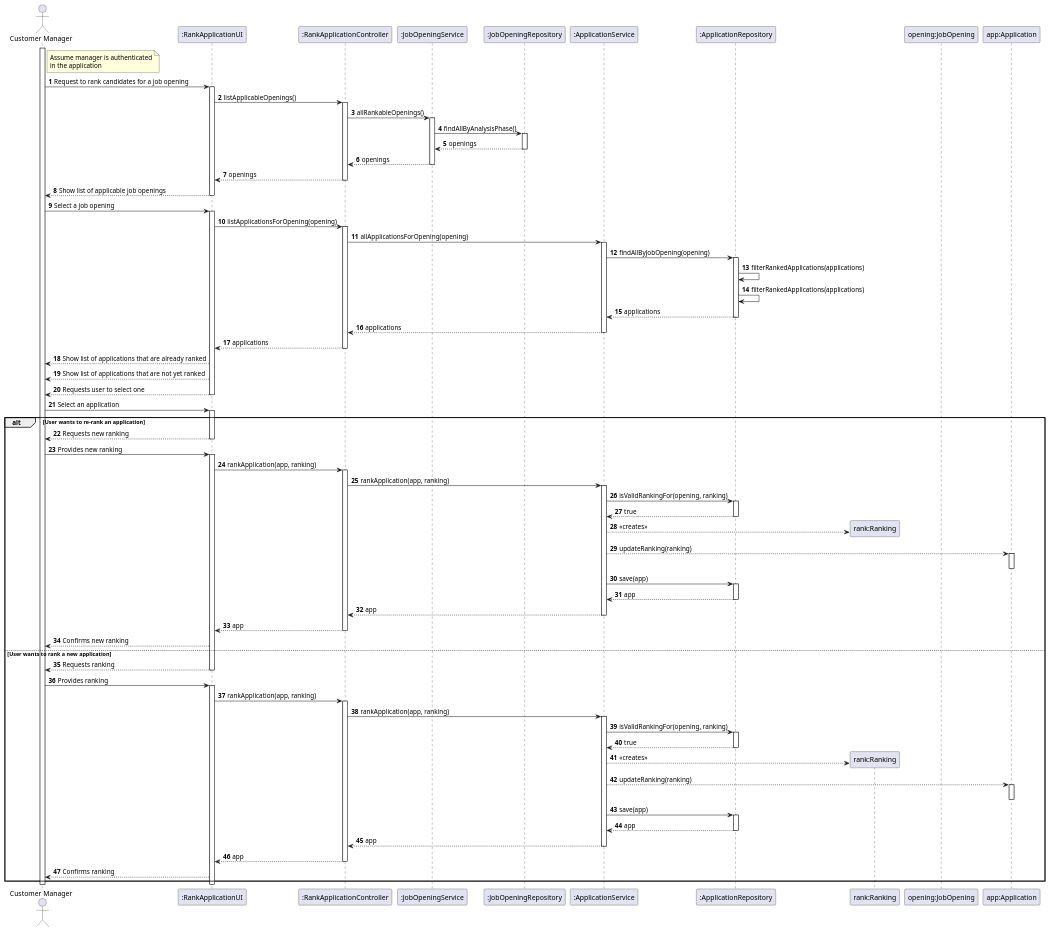
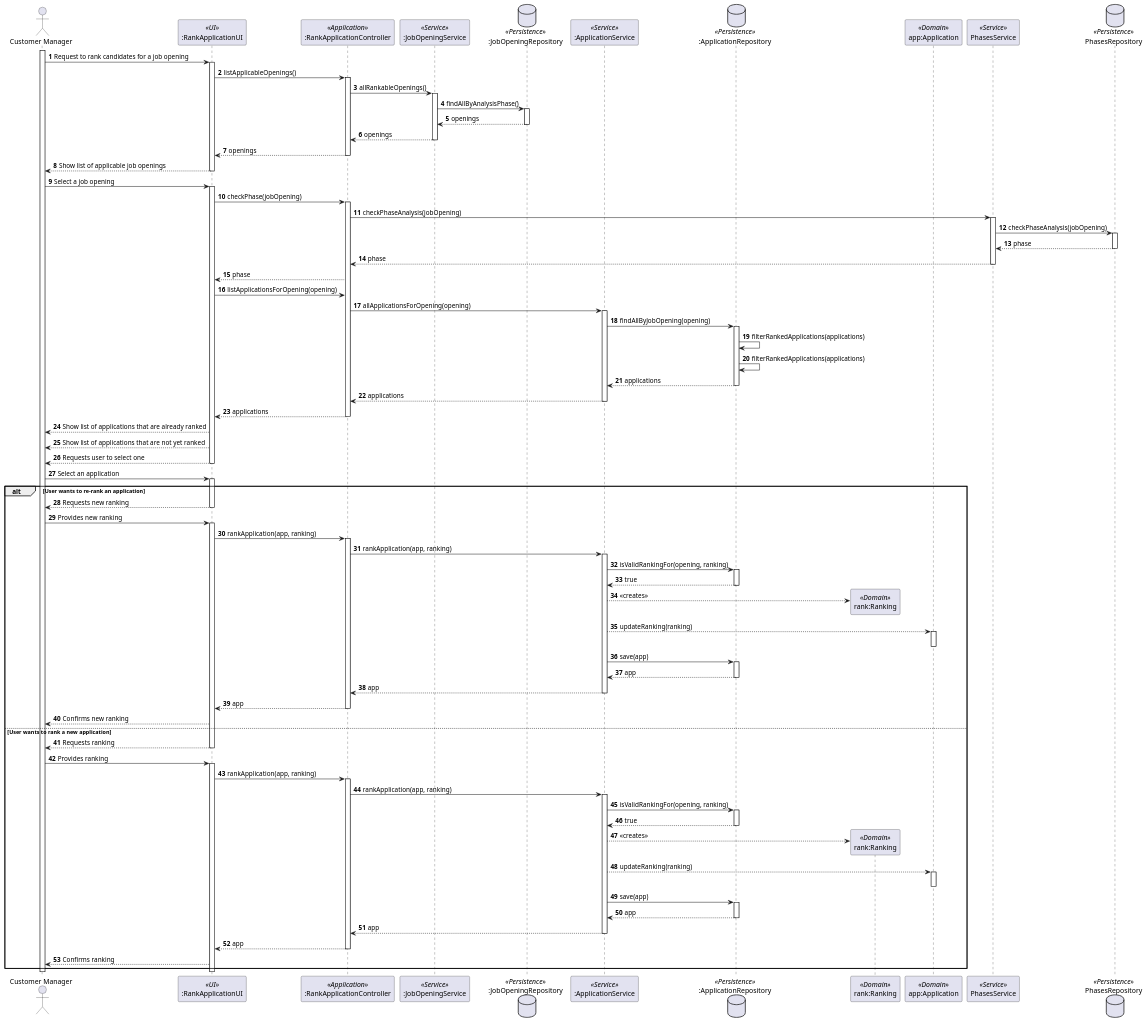
The diagram in docs/sprintC/1013/1013-sequence-diagram.puml (marcoferreira37/Lapr4), drawn with PlantUML before and after one commit. The commit also changed 3 other files, not shown here.

Commit message:
#44 Sequence-diagram, domain model and system-sequence-diagram updated #35 Domain model updated

```diff
--- a/docs/sprintC/1013/1013-sequence-diagram.puml
+++ b/docs/sprintC/1013/1013-sequence-diagram.puml
@@ -1,126 +1,148 @@
 @startuml
 
 actor "Customer Manager" as Agent
-participant ":RankApplicationUI" as ui
-participant ":RankApplicationController" as ctrl
-participant ":JobOpeningService" as jobServ
-participant ":JobOpeningRepository" as jobRepo
-participant ":ApplicationService" as appServ
-participant ":ApplicationRepository" as appRepo
-participant "rank:Ranking" as rank
-participant "opening:JobOpening" as op
-participant "app:Application" as app
-
-
+participant ":RankApplicationUI" as ui <<UI>>
+participant ":RankApplicationController" as ctrl <<Application>>
+participant ":JobOpeningService" as jobServ <<Service>>
+database ":JobOpeningRepository" as jobRepo <<Persistence>>
+participant ":ApplicationService" as appServ <<Service>>
+database ":ApplicationRepository" as appRepo <<Persistence>>
+participant "rank:Ranking" as rank <<Domain>>
+participant "app:Application" as app <<Domain>>
+participant "PhasesService" as PhasesService <<Service>>
+database  "PhasesRepository" as PhasesRepository <<Persistence>>
 
 autonumber
-
-note right of Agent
-  Assume manager is authenticated
-  in the application
-end note
 
 activate Agent
 
 Agent -> ui: Request to rank candidates for a job opening
 activate ui
 ui -> ctrl: listApplicableOpenings()
 activate ctrl
 ctrl -> jobServ: allRankableOpenings()
 activate jobServ
 jobServ -> jobRepo: findAllByAnalysisPhase()
 activate jobRepo
 jobRepo --> jobServ: openings
 deactivate
 jobServ --> ctrl: openings
 deactivate
 ctrl --> ui: openings
 deactivate
 ui --> Agent: Show list of applicable job openings
 deactivate
 Agent -> ui : Select a job opening
 activate ui
+
+ui -> ctrl : checkPhase(jobOpening)
+
+activate ctrl
+
+
+ctrl -> PhasesService : checkPhaseAnalysis(jobOpening)
+
+
+
+activate PhasesService
+
+PhasesService -> PhasesRepository : checkPhaseAnalysis(jobOpening)
+
+activate PhasesRepository
+
+PhasesRepository --> PhasesService : phase
+
+deactivate
+
+PhasesService --> ctrl : phase
+
+deactivate
+
+ctrl --> ui : phase
 ui -> ctrl: listApplicationsForOpening(opening)
-activate ctrl
 ctrl -> appServ: allApplicationsForOpening(opening)
+
+
+
+
 activate appServ
 appServ -> appRepo: findAllByJobOpening(opening)
 activate appRepo
 appRepo -> appRepo : filterRankedApplications(applications)
 appRepo -> appRepo : filterRankedApplications(applications)
 
 appRepo --> appServ: applications
 deactivate
 appServ --> ctrl: applications
 deactivate
 ctrl --> ui: applications
 deactivate
 
 ui --> Agent : Show list of applications that are already ranked
 ui --> Agent : Show list of applications that are not yet ranked
 ui --> Agent : Requests user to select one
 deactivate
 Agent -> ui : Select an application
 activate ui
 alt User wants to re-rank an application
 ui --> Agent : Requests new ranking
 deactivate
 Agent -> ui : Provides new ranking
 activate ui
 ui -> ctrl : rankApplication(app, ranking)
 activate ctrl
 ctrl -> appServ : rankApplication(app, ranking)
 activate appServ
 appServ -> appRepo : isValidRankingFor(opening, ranking)
 activate appRepo
 appRepo --> appServ : true
 deactivate
 appServ --> rank** : «creates»
 appServ --> app : updateRanking(ranking)
 activate app
 deactivate
 
 appServ -> appRepo : save(app)
 activate appRepo
 appRepo --> appServ : app
 deactivate
 appServ --> ctrl : app
 deactivate
 ctrl --> ui : app
 deactivate
 ui --> Agent  : Confirms new ranking
 
 else User wants to rank a new application
 ui --> Agent : Requests ranking
 deactivate
 Agent -> ui : Provides ranking
 activate ui
 ui -> ctrl : rankApplication(app, ranking)
 activate ctrl
 ctrl -> appServ : rankApplication(app, ranking)
 activate appServ
 appServ -> appRepo : isValidRankingFor(opening, ranking)
 activate appRepo
 appRepo --> appServ : true
 deactivate
 appServ --> rank** : «creates»
 appServ --> app : updateRanking(ranking)
 activate app
 deactivate
 
 appServ -> appRepo : save(app)
 activate appRepo
 appRepo --> appServ : app
 deactivate
 appServ --> ctrl : app
 deactivate
 ctrl --> ui : app
 deactivate
 ui --> Agent  : Confirms ranking
 end alt
 deactivate ui
 deactivate Agent
 
 
 
 @enduml
```
